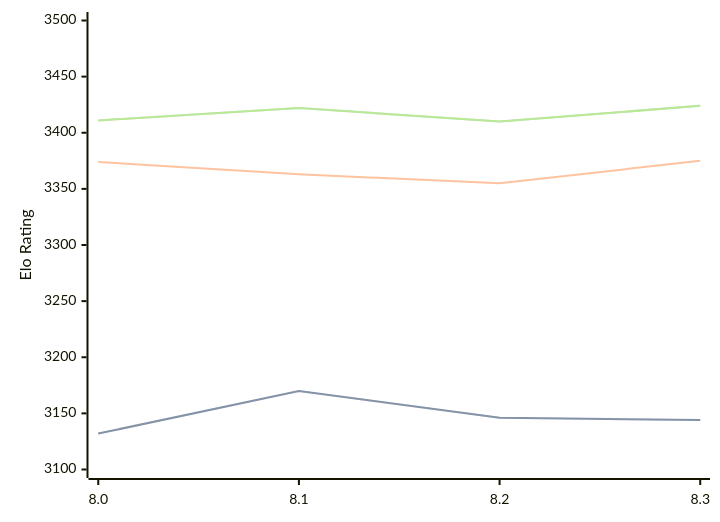
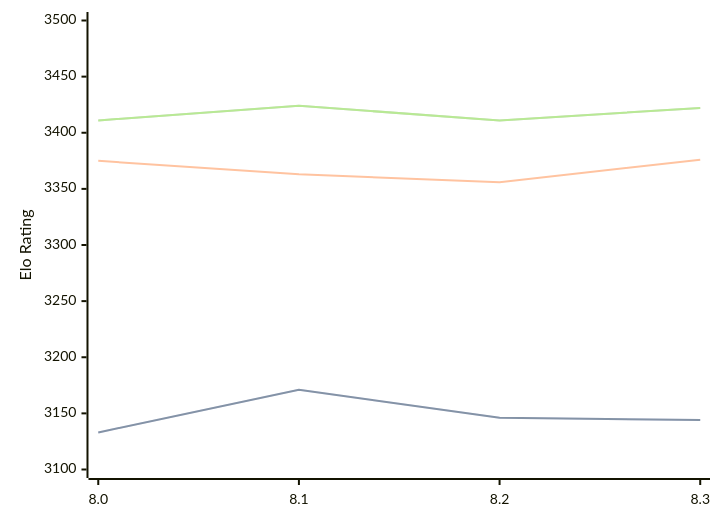
One commit to computer-chess-index/cci changed the diagram in engines/Alexander.md. Above: the diagram before and after it, drawn with Mermaid. The commit also changed other lines of this file, not shown here.

Commit message:
Update CCI Ratings (ELO VLTC) - 2026-08-20

````diff
--- a/engines/Alexander.md
+++ b/engines/Alexander.md
@@ -34,11 +34,11 @@
 ```mermaid
 %%{init: {"theme":"base","themeVariables":{"seriesColors:['#a3a3a3','#222221','#faa371']}}}%%
 xychart-beta
   x-axis ["8.0", "8.1", "8.2", "8.3"]
   y-axis "Elo Rating" 3100 --> 3500
-  line "STC (8.0+0.08s)" [3132, 3170, 3146, 3144]
-  line "STC (8.0+0.08s)" [3132, 3170, 3146, 3144]
-  line "LTC (60.0+0.60s)" [3374, 3363, 3355, 3375]
-  line "VLTC (2m24s+1.12s)" [3411, 3422, 3410, 3424]
-  line "VLTC (2m24s+1.12s)" [3411, 3422, 3410, 3424]
+  line "STC (8.0+0.08s)" [3133, 3171, 3146, 3144]
+  line "STC (8.0+0.08s)" [3133, 3171, 3146, 3144]
+  line "LTC (60.0+0.60s)" [3375, 3363, 3356, 3376]
+  line "VLTC (2m24s+1.12s)" [3411, 3424, 3411, 3422]
+  line "VLTC (2m24s+1.12s)" [3411, 3424, 3411, 3422]
 ```
````
